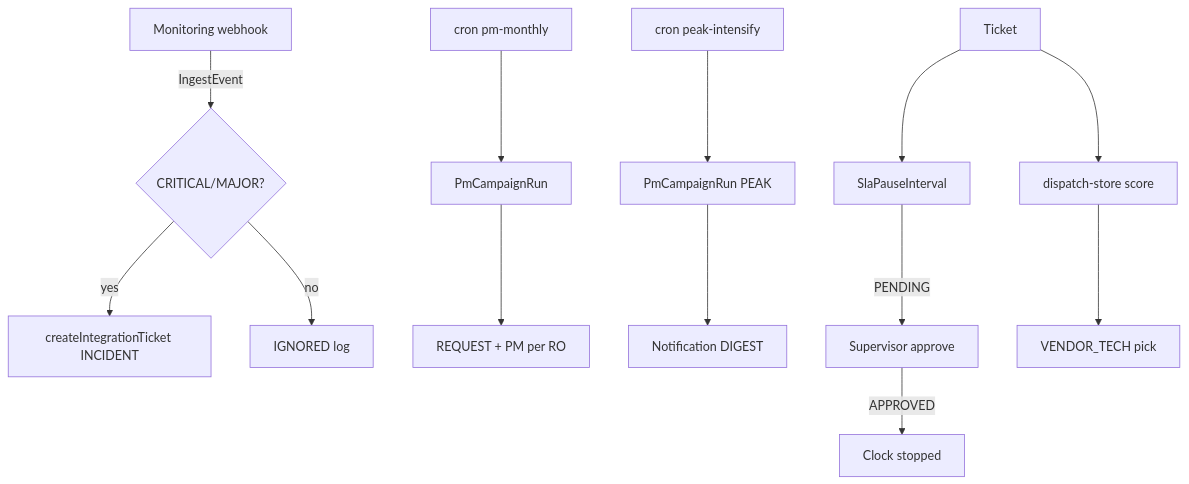
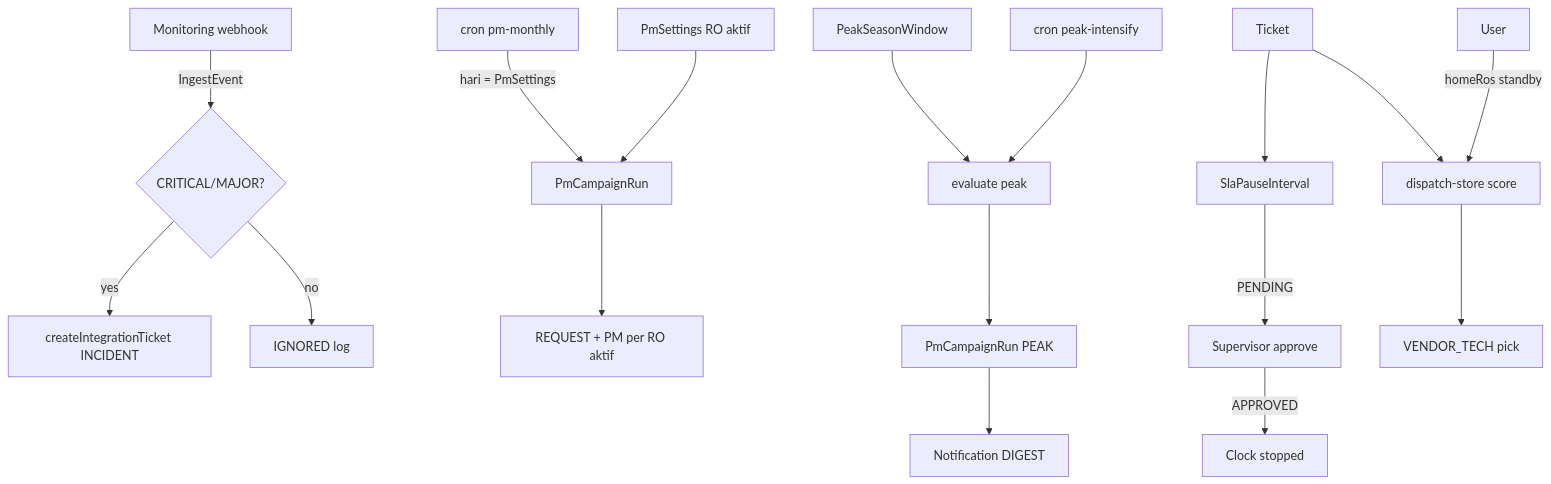
Before and after one commit to bionte4/edcmanager: the second of 3 diagrams in docs/ERD.md, drawn with Mermaid. The commit also changed other lines of this file and 3 other files, not shown here.

Commit message:
Update docs for PM settings, peak CRUD, and tech coverage.

````diff
--- a/docs/ERD.md
+++ b/docs/ERD.md
@@ -202,19 +224,23 @@
 ```mermaid
 flowchart TB
   Mon[Monitoring webhook] -->|IngestEvent| Rule{CRITICAL/MAJOR?}
   Rule -->|yes| Inc[createIntegrationTicket INCIDENT]
   Rule -->|no| Ign[IGNORED log]
 
-  CronPM[cron pm-monthly] --> PmRun[PmCampaignRun]
-  PmRun --> Req[REQUEST + PM per RO]
+  CronPM[cron pm-monthly] -->|hari = PmSettings| PmRun[PmCampaignRun]
+  PmSettings[PmSettings RO aktif] --> PmRun
+  PmRun --> Req[REQUEST + PM per RO aktif]
 
-  CronPeak[cron peak-intensify] --> PeakRun[PmCampaignRun PEAK]
+  PeakDB[PeakSeasonWindow] --> Eval[evaluate peak]
+  CronPeak[cron peak-intensify] --> Eval
+  Eval --> PeakRun[PmCampaignRun PEAK]
   PeakRun --> Mail[Notification DIGEST]
 
   Ticket --> Pause[SlaPauseInterval]
   Pause -->|PENDING| Wait[Supervisor approve]
   Wait -->|APPROVED| Stop[Clock stopped]
 
-  Ticket --> Suggest[dispatch-store score]
+  User -->|homeRos standby| Suggest[dispatch-store score]
+  Ticket --> Suggest
   Suggest --> Tech[VENDOR_TECH pick]
 ```
````
